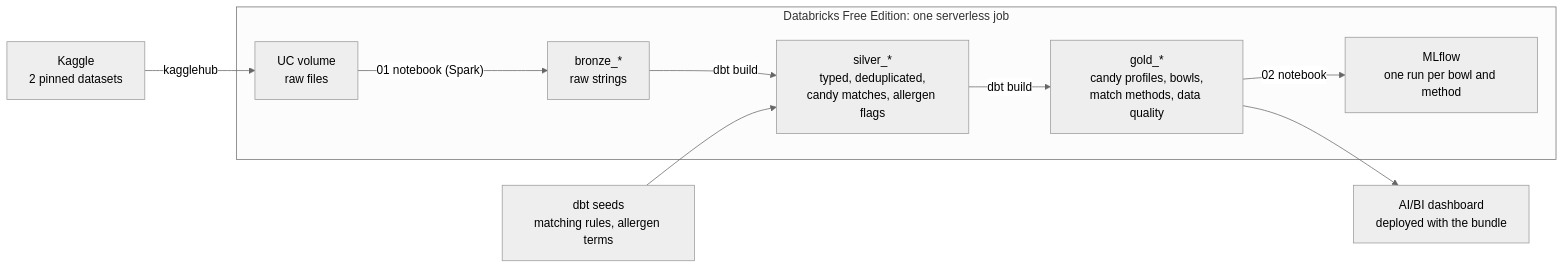
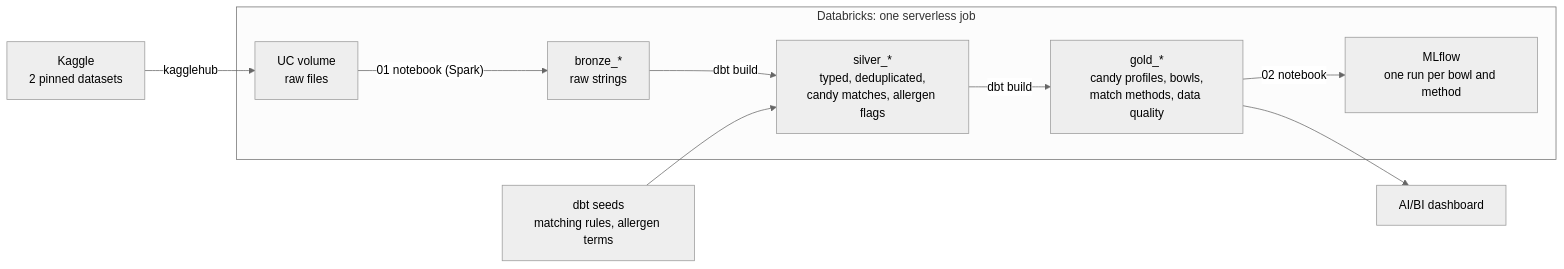
The diagram in README.md (kidskoding/candyops), drawn with Mermaid (neutral theme) before and after one commit. The commit also changed other lines of this file and 3 other files, not shown here.

````diff
--- a/README.md
+++ b/README.md
@@ -28,12 +54,12 @@
 ```mermaid
 flowchart LR
   K["Kaggle<br/>2 pinned datasets"] -- "kagglehub" --> V["UC volume<br/>raw files"]
-  subgraph DBX["Databricks Free Edition: one serverless job"]
+  subgraph DBX["Databricks: one serverless job"]
     V -- "01 notebook (Spark)" --> B["bronze_*<br/>raw strings"]
     B -- "dbt build" --> S["silver_*<br/>typed, deduplicated,<br/>candy matches, allergen flags"]
     S -- "dbt build" --> G["gold_*<br/>candy profiles, bowls,<br/>match methods, data quality"]
     G -- "02 notebook" --> M["MLflow<br/>one run per bowl and method"]
   end
   SEED["dbt seeds<br/>matching rules, allergen terms"] --> S
-  G --> D["AI/BI dashboard<br/>deployed with the bundle"]
+  G --> D["AI/BI dashboard"]
 ```
````
